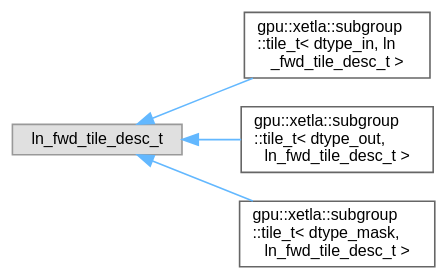
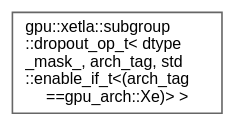
One commit to intel/xetla changed the diagram in docs/inherit_graph_308.dot. Above: the diagram before and after it, drawn with Graphviz. The commit also changed 5168 other files, not shown here.

```diff
--- a/docs/inherit_graph_308.dot
+++ b/docs/inherit_graph_308.dot
@@ -1,15 +1,9 @@
 digraph "Graphical Class Hierarchy"
 {
  // LATEX_PDF_SIZE
   bgcolor="transparent";
   edge [fontname=Helvetica,fontsize=10,labelfontname=Helvetica,labelfontsize=10];
   node [fontname=Helvetica,fontsize=10,shape=box,height=0.2,width=0.4];
   rankdir="LR";
-  Node0 [id="Node000000",label="ln_fwd_tile_desc_t",height=0.2,width=0.4,color="grey60", fillcolor="#E0E0E0", style="filled",tooltip=" "];
-  Node0 -> Node1 [id="edge5_Node000000_Node000001",dir="back",color="steelblue1",style="solid",tooltip=" "];
-  Node1 [id="Node000001",label="gpu::xetla::subgroup\l::tile_t\< dtype_in, ln\l_fwd_tile_desc_t \>",height=0.2,width=0.4,color="grey40", fillcolor="white", style="filled",URL="$structgpu_1_1xetla_1_1subgroup_1_1tile__t.html",tooltip=" "];
-  Node0 -> Node2 [id="edge6_Node000000_Node000002",dir="back",color="steelblue1",style="solid",tooltip=" "];
-  Node2 [id="Node000002",label="gpu::xetla::subgroup\l::tile_t\< dtype_out,\l ln_fwd_tile_desc_t \>",height=0.2,width=0.4,color="grey40", fillcolor="white", style="filled",URL="$structgpu_1_1xetla_1_1subgroup_1_1tile__t.html",tooltip=" "];
-  Node0 -> Node3 [id="edge7_Node000000_Node000003",dir="back",color="steelblue1",style="solid",tooltip=" "];
-  Node3 [id="Node000003",label="gpu::xetla::subgroup\l::tile_t\< dtype_mask,\l ln_fwd_tile_desc_t \>",height=0.2,width=0.4,color="grey40", fillcolor="white", style="filled",URL="$structgpu_1_1xetla_1_1subgroup_1_1tile__t.html",tooltip=" "];
+  Node0 [id="Node000000",label="gpu::xetla::subgroup\l::dropout_op_t\< dtype\l_mask_, arch_tag, std\l::enable_if_t\<(arch_tag\l==gpu_arch::Xe)\> \>",height=0.2,width=0.4,color="grey40", fillcolor="white", style="filled",URL="$structgpu_1_1xetla_1_1subgroup_1_1dropout__op__t_3_01dtype__mask___00_01arch__tag_00_01std_1_1en135ff9b7c867d5db3c53e2c26e85a94f.html",tooltip="Is the dropout op functor, specialized for Xe architecture."];
 }
```
